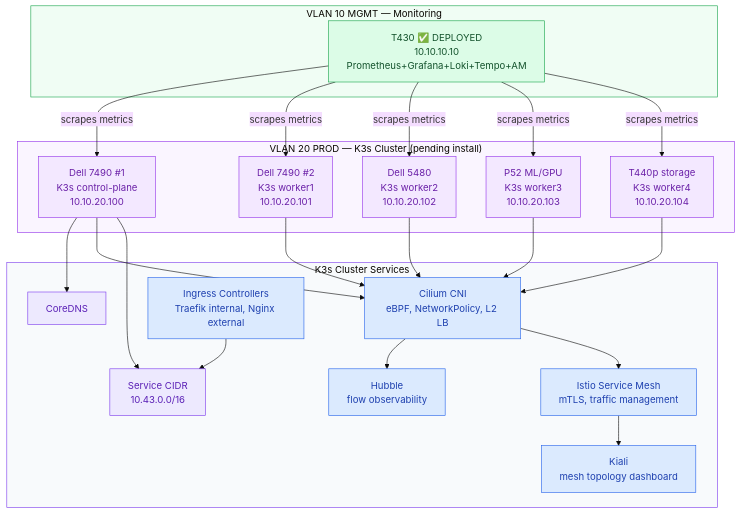
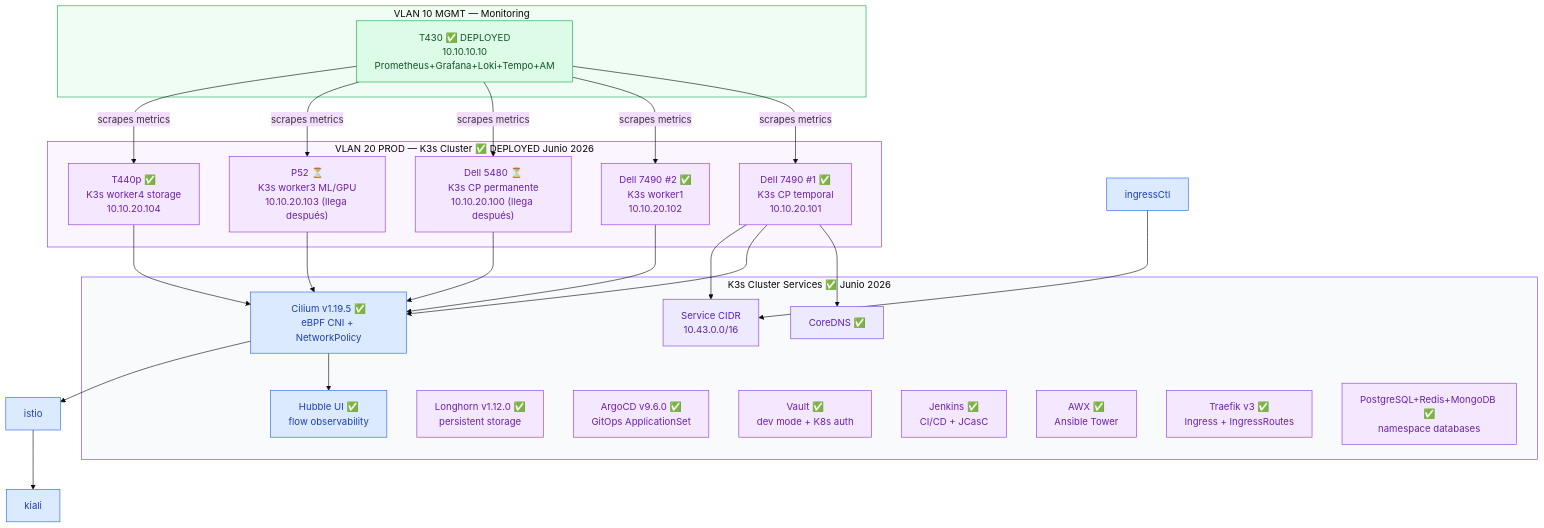
The fourth of 8 diagrams in docs/HomeLab-Enterprise-Architecture.md (Vanguard94-RR/HomeLab), drawn with Mermaid (base theme) before and after one commit. The commit also changed other lines of this file and 16 other files, not shown here.

Commit message:
Add AWX, Traefik, Databases modules and update configs

````diff
--- a/docs/HomeLab-Enterprise-Architecture.md
+++ b/docs/HomeLab-Enterprise-Architecture.md
@@ -321,57 +321,61 @@
 ```mermaid
 flowchart TB
   subgraph vlan10["VLAN 10 MGMT — Monitoring"]
     t430mon["T430 ✅ DEPLOYED<br/>10.10.10.10<br/>Prometheus+Grafana+Loki+Tempo+AM"]
   end
 
-  subgraph vlan20["VLAN 20 PROD — K3s Cluster (pending install)"]
-    cp["Dell 7490 #1<br/>K3s control-plane<br/>10.10.20.100"]
-    w1["Dell 7490 #2<br/>K3s worker1<br/>10.10.20.101"]
-    w2["Dell 5480<br/>K3s worker2<br/>10.10.20.102"]
-    w3["P52 ML/GPU<br/>K3s worker3<br/>10.10.20.103"]
-    w4["T440p storage<br/>K3s worker4<br/>10.10.20.104"]
+  subgraph vlan20["VLAN 20 PROD — K3s Cluster ✅ DEPLOYED Junio 2026"]
+    cp["Dell 7490 #1 ✅<br/>K3s CP temporal<br/>10.10.20.101"]
+    w1["Dell 7490 #2 ✅<br/>K3s worker1<br/>10.10.20.102"]
+    w2["Dell 5480 ⏳<br/>K3s CP permanente<br/>10.10.20.100 (llega después)"]
+    w3["P52 ⏳<br/>K3s worker3 ML/GPU<br/>10.10.20.103 (llega después)"]
+    w4["T440p ✅<br/>K3s worker4 storage<br/>10.10.20.104"]
   end
 
-  subgraph cluster["K3s Cluster Services"]
-    coredns["CoreDNS"]
-    cilium["Cilium CNI<br/>eBPF, NetworkPolicy, L2 LB"]
-    hubble["Hubble<br/>flow observability"]
+  subgraph cluster["K3s Cluster Services ✅ Junio 2026"]
+    coredns["CoreDNS ✅"]
+    cilium["Cilium v1.19.5 ✅<br/>eBPF CNI + NetworkPolicy"]
+    hubble["Hubble UI ✅<br/>flow observability"]
+    longhorn["Longhorn v1.12.0 ✅<br/>persistent storage"]
+    argocd["ArgoCD v9.6.0 ✅<br/>GitOps ApplicationSet"]
+    vault["Vault ✅<br/>dev mode + K8s auth"]
+    jenkins["Jenkins ✅<br/>CI/CD + JCasC"]
+    awx["AWX ✅<br/>Ansible Tower"]
+    traefik["Traefik v3 ✅<br/>Ingress + IngressRoutes"]
+    db["PostgreSQL+Redis+MongoDB ✅<br/>namespace databases"]
     svc["Service CIDR<br/>10.43.0.0/16"]
-    istio["Istio Service Mesh<br/>mTLS, traffic management"]
-    kiali["Kiali<br/>mesh topology dashboard"]
-    ingressCtl["Ingress Controllers<br/>Traefik internal, Nginx external"]
   end
 
   t430mon -->|"scrapes metrics"| cp
   t430mon -->|"scrapes metrics"| w1
   t430mon -->|"scrapes metrics"| w2
   t430mon -->|"scrapes metrics"| w3
   t430mon -->|"scrapes metrics"| w4
 
   cp --> coredns
   cp --> cilium
   cp --> svc
   w1 --> cilium
   w2 --> cilium
   w3 --> cilium
   w4 --> cilium
   cilium --> hubble
   cilium --> istio
   istio --> kiali
   ingressCtl --> svc
 
   classDef node fill:#f3e8ff,stroke:#9333ea,color:#6b21a8
   classDef k8s fill:#ede9fe,stroke:#7c3aed,color:#5b21b6
   classDef network fill:#dbeafe,stroke:#2563eb,color:#1e40af
   classDef monitoring fill:#dcfce7,stroke:#16a34a,color:#14532d
 
   class cp,w1,w2,w3,w4 node
   class coredns,svc k8s
   class cilium,hubble,ingressCtl network
   class istio,kiali network
   class t430mon monitoring
 
   style vlan10 fill:#f0fdf4,stroke:#16a34a
   style vlan20 fill:#faf5ff,stroke:#9333ea
   style cluster fill:#f8fafc,stroke:#7c3aed
 ```
````
